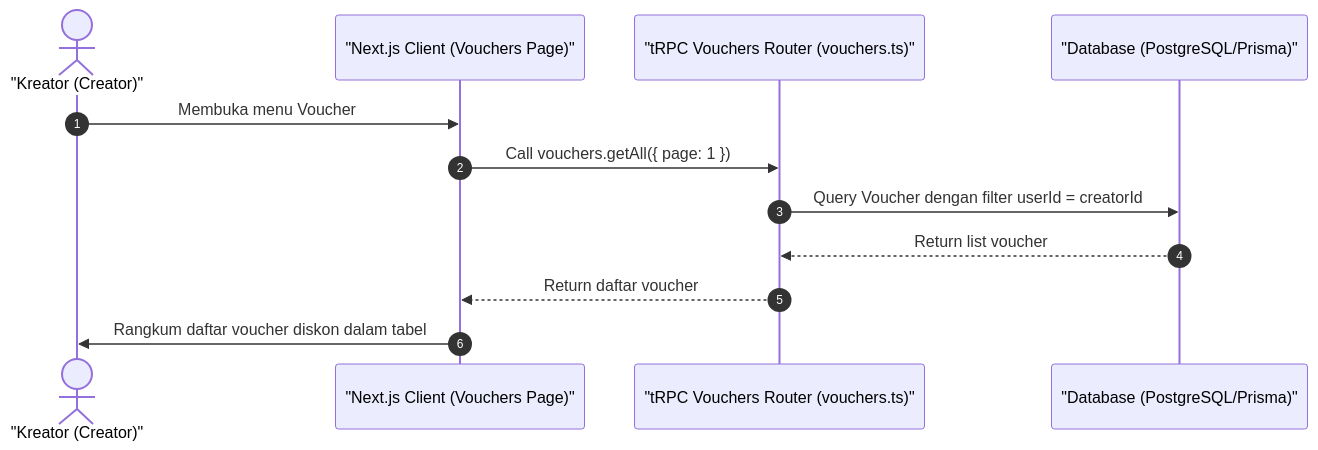
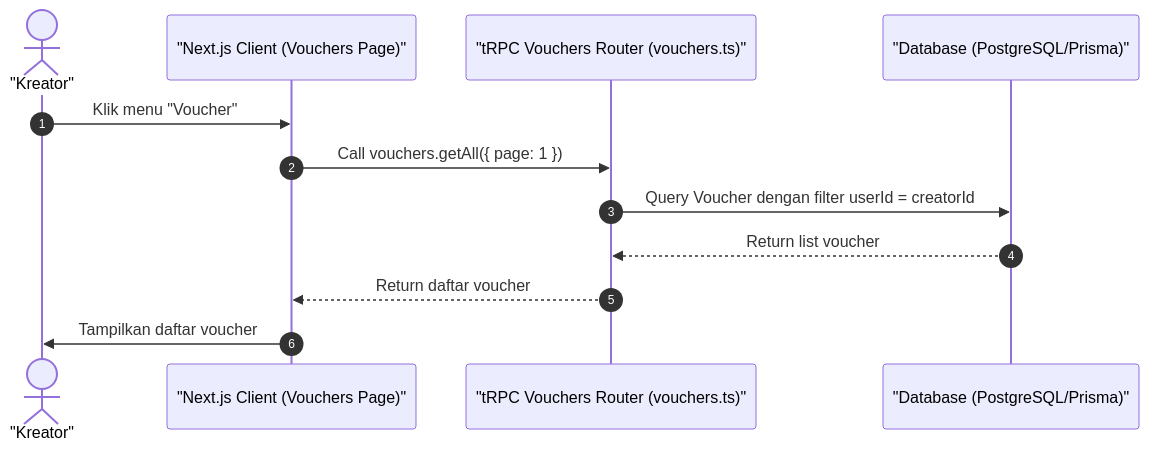
One commit to luputer/CuanIN changed the diagram in docs/30-creator-vouchers-list.md. Above: the diagram before and after it, drawn with Mermaid. The commit also changed 53 other files, not shown here.

````diff
--- a/docs/30-creator-vouchers-list.md
+++ b/docs/30-creator-vouchers-list.md
@@ -5,16 +5,16 @@
 ```mermaid
 sequenceDiagram
     autonumber
-    actor Creator as "Kreator (Creator)"
+    actor Creator as "Kreator"
     participant Client as "Next.js Client (Vouchers Page)"
     participant Server as "tRPC Vouchers Router (vouchers.ts)"
     participant DB as "Database (PostgreSQL/Prisma)"
 
-    Creator->>Client: Membuka menu Voucher
+    Creator->>Client: Klik menu "Voucher"
     Client->>Server: Call vouchers.getAll({ page: 1 })
     Server->>DB: Query Voucher dengan filter userId = creatorId
     DB-->>Server: Return list voucher
     Server-->>Client: Return daftar voucher
-    Client->>Creator: Rangkum daftar voucher diskon dalam tabel
+    Client->>Creator: Tampilkan daftar voucher
 
 ```
````
